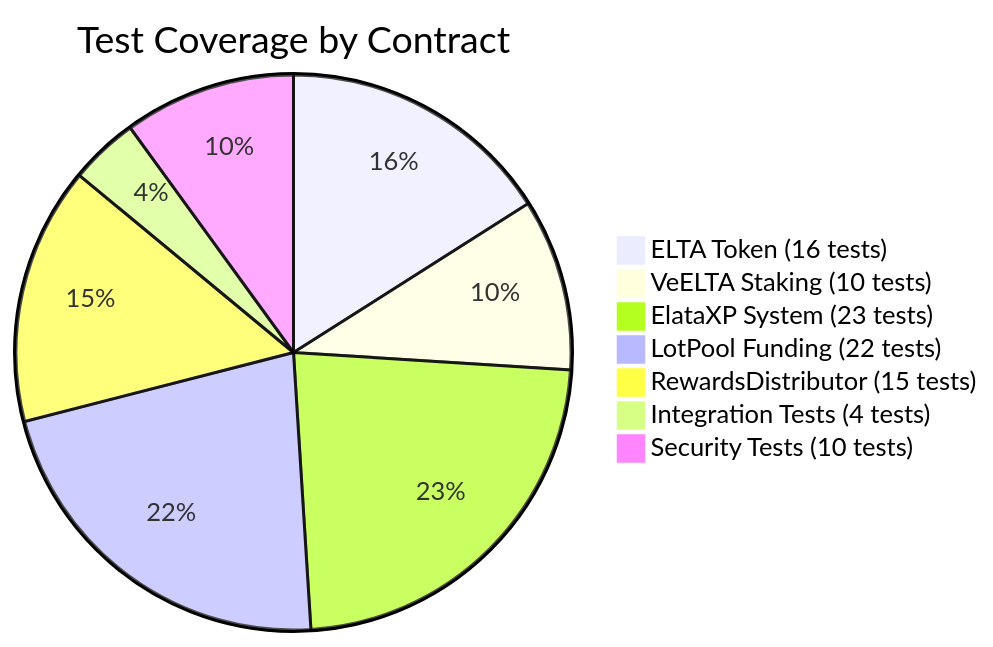
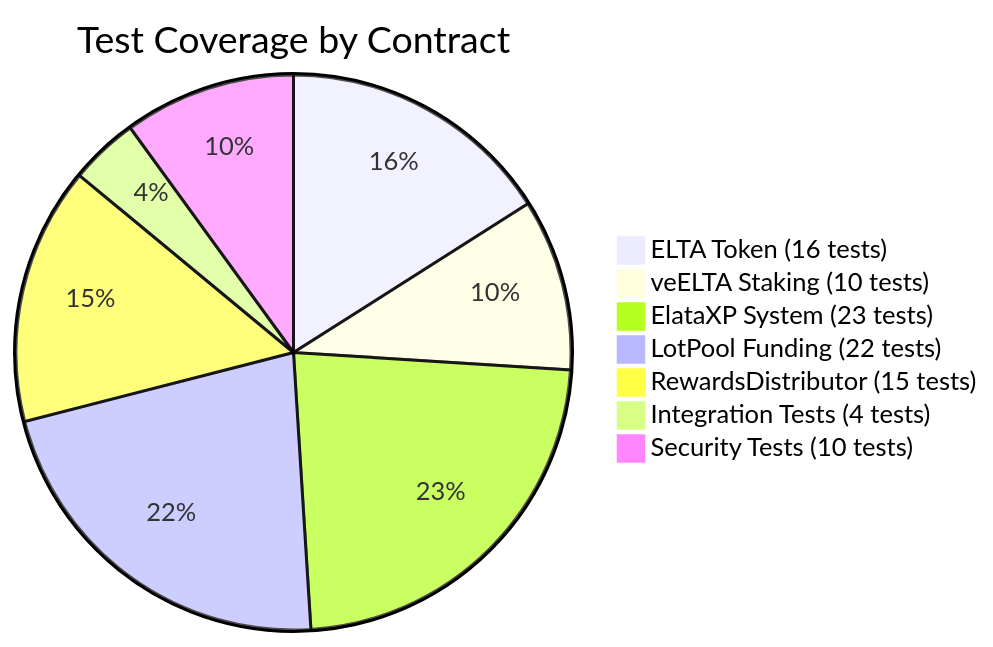
Before and after one commit to Elata-Biosciences/elata-protocol: the eighth of 8 diagrams in README.md, drawn with Mermaid. The commit also changed other lines of this file, not shown here.

````diff
--- a/README.md
+++ b/README.md
@@ -581,10 +581,10 @@
 ```mermaid
 pie title Test Coverage by Contract
     "ELTA Token (16 tests)" : 16
-    "VeELTA Staking (10 tests)" : 10
+    "veELTA Staking (10 tests)" : 10
     "ElataXP System (23 tests)" : 23
     "LotPool Funding (22 tests)" : 22
     "RewardsDistributor (15 tests)" : 15
     "Integration Tests (4 tests)" : 4
     "Security Tests (10 tests)" : 10
 ```
````
